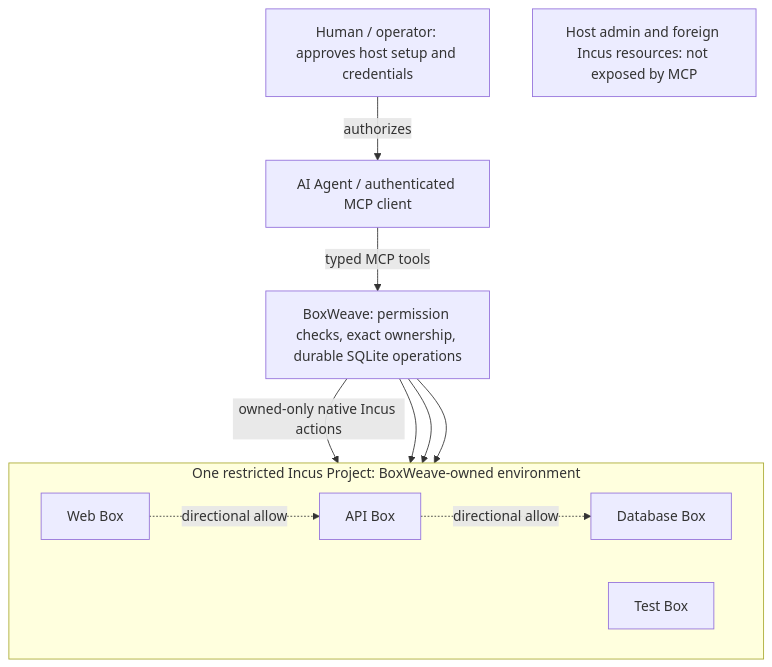
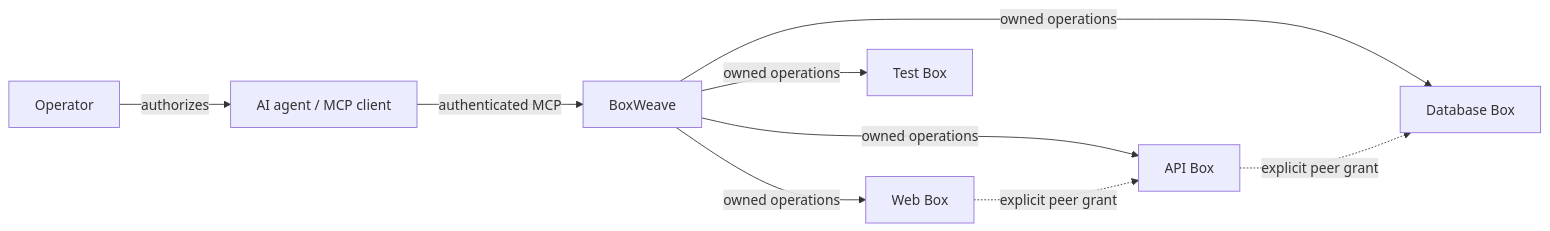
The diagram in README.md (vanishs/boxweave), drawn with Mermaid before and after one commit. The commit also changed other lines of this file and 19 other files, not shown here.

````diff
--- a/README.md
+++ b/README.md
@@ -15,22 +17,11 @@
 ```mermaid
-flowchart TB
-    human["Human / operator: approves host setup and credentials"]
-    agent["AI Agent / authenticated MCP client"]
-    bw["BoxWeave: permission checks, exact ownership, durable SQLite operations"]
-    human -->|authorizes| agent
-    agent -->|typed MCP tools| bw
-    subgraph project["One restricted Incus Project: BoxWeave-owned environment"]
-        direction LR
-        web["Web Box"]
-        api["API Box"]
-        db["Database Box"]
-        tests["Test Box"]
-        web -.->|directional allow| api
-        api -.->|directional allow| db
-    end
-    bw -->|owned-only native Incus actions| web
-    bw --> api
-    bw --> db
-    bw --> tests
-    host["Host admin and foreign Incus resources: not exposed by MCP"]
+flowchart LR
+    User["Operator"] -->|authorizes| Agent["AI agent / MCP client"]
+    Agent -->|authenticated MCP| BW["BoxWeave"]
+    BW -->|owned operations| Web["Web Box"]
+    BW -->|owned operations| API["API Box"]
+    BW -->|owned operations| DB["Database Box"]
+    BW -->|owned operations| Test["Test Box"]
+    Web -.->|explicit peer grant| API
+    API -.->|explicit peer grant| DB
 ```
````
